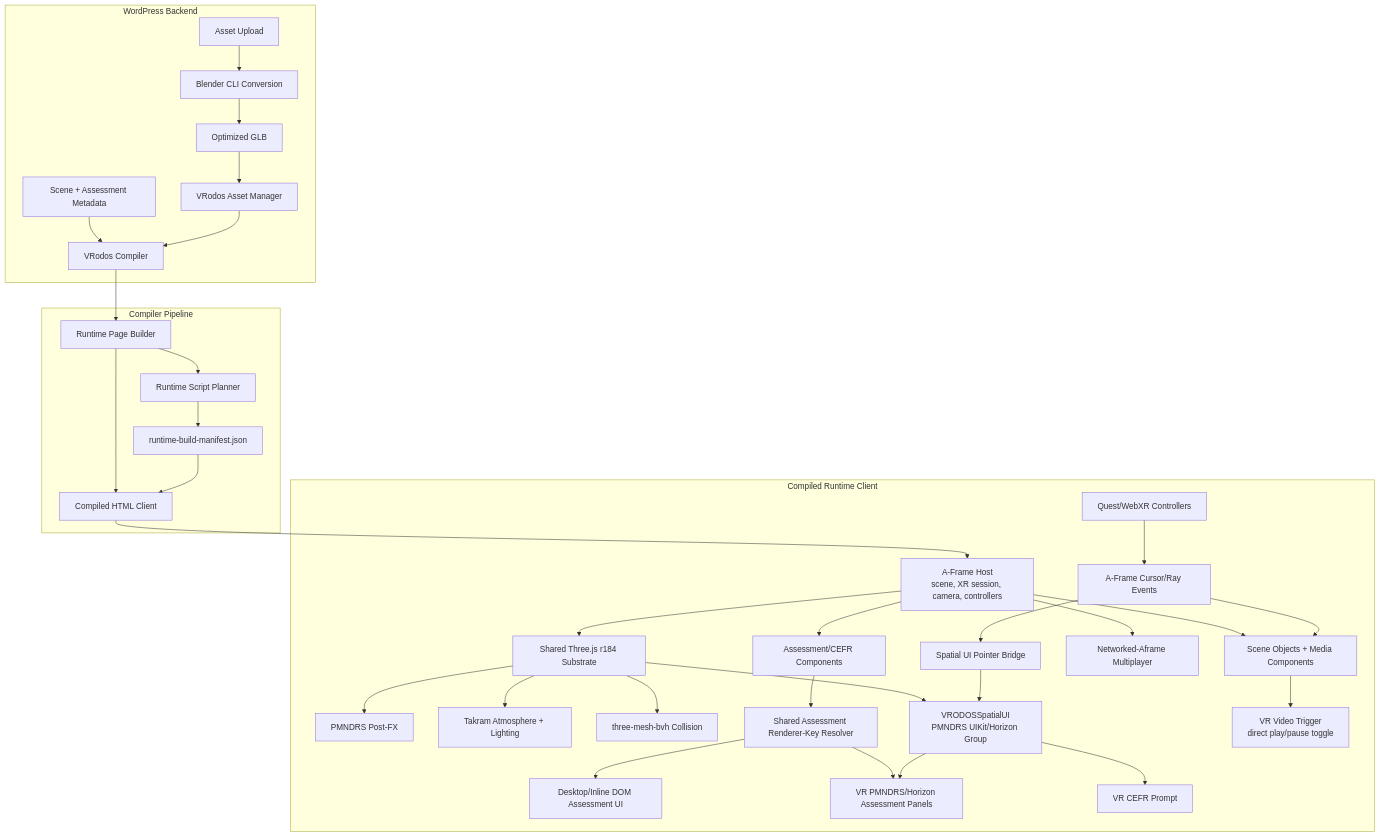
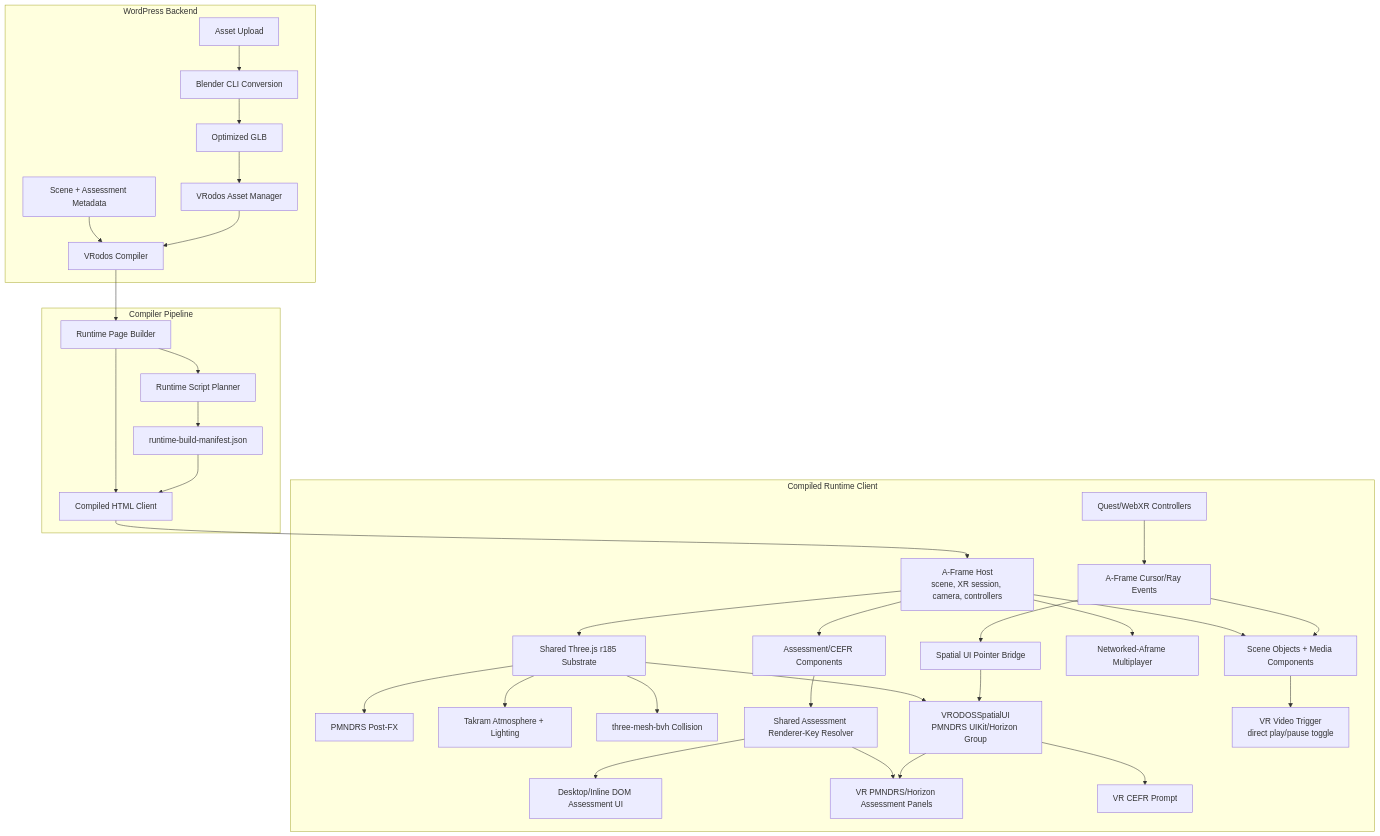
One commit to VRodos/VRodos changed the diagram in documentation/vrodos-compiled-scene-framework-integration.md. Above: the diagram before and after it, drawn with Mermaid. The commit also changed other lines of this file and 38 other files, not shown here.

````diff
--- a/documentation/vrodos-compiled-scene-framework-integration.md
+++ b/documentation/vrodos-compiled-scene-framework-integration.md
@@ -31,44 +31,44 @@
 ```mermaid
 graph TD
     subgraph WordPress["WordPress Backend"]
         Upload["Asset Upload"] --> Blender["Blender CLI Conversion"]
         Blender --> GLB["Optimized GLB"]
         GLB --> AssetManager["VRodos Asset Manager"]
         SceneData["Scene + Assessment Metadata"] --> Compiler["VRodos Compiler"]
         AssetManager --> Compiler
     end
 
     subgraph Compile["Compiler Pipeline"]
         Compiler --> Builder["Runtime Page Builder"]
         Builder --> Planner["Runtime Script Planner"]
         Planner --> Manifest["runtime-build-manifest.json"]
         Builder --> HTML["Compiled HTML Client"]
         Manifest --> HTML
     end
 
     subgraph Runtime["Compiled Runtime Client"]
         HTML --> AFrame["A-Frame Host<br/>scene, XR session, camera, controllers"]
-        AFrame --> Three["Shared Three.js r184 Substrate"]
+        AFrame --> Three["Shared Three.js r185 Substrate"]
         AFrame --> Media["Scene Objects + Media Components"]
         AFrame --> AssessmentHost["Assessment/CEFR Components"]
 
         Three --> PMNDRSPost["PMNDRS Post-FX"]
         Three --> Takram["Takram Atmosphere + Lighting"]
         Three --> BVH["three-mesh-bvh Collision"]
         AFrame --> NAF["Networked-Aframe Multiplayer"]
 
         AssessmentHost --> Resolver["Shared Assessment Renderer-Key Resolver"]
         Resolver --> DesktopDOM["Desktop/Inline DOM Assessment UI"]
         Resolver --> VRPanels["VR PMNDRS/Horizon Assessment Panels"]
 
         Three --> SpatialUI["VRODOSSpatialUI<br/>PMNDRS UIKit/Horizon Group"]
         SpatialUI --> VRPanels
         SpatialUI --> CEFR["VR CEFR Prompt"]
         Media --> VideoToggle["VR Video Trigger<br/>direct play/pause toggle"]
 
         Controllers["Quest/WebXR Controllers"] --> AFramePointers["A-Frame Cursor/Ray Events"]
         AFramePointers --> Media
         AFramePointers --> SpatialBridge["Spatial UI Pointer Bridge"]
         SpatialBridge --> SpatialUI
     end
 ```
````
